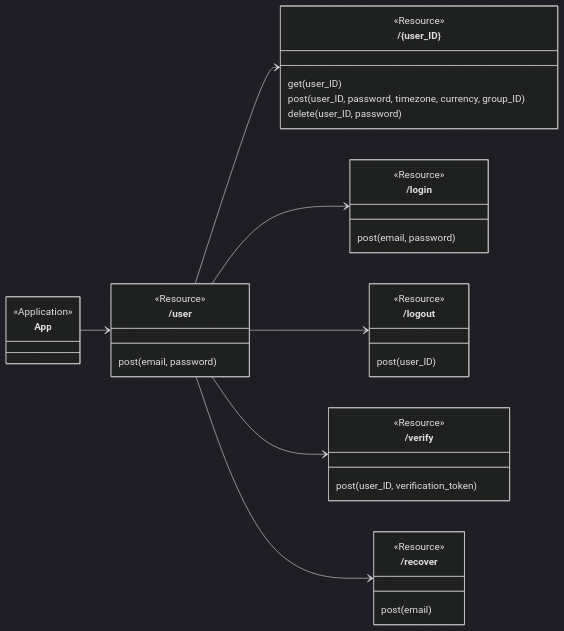
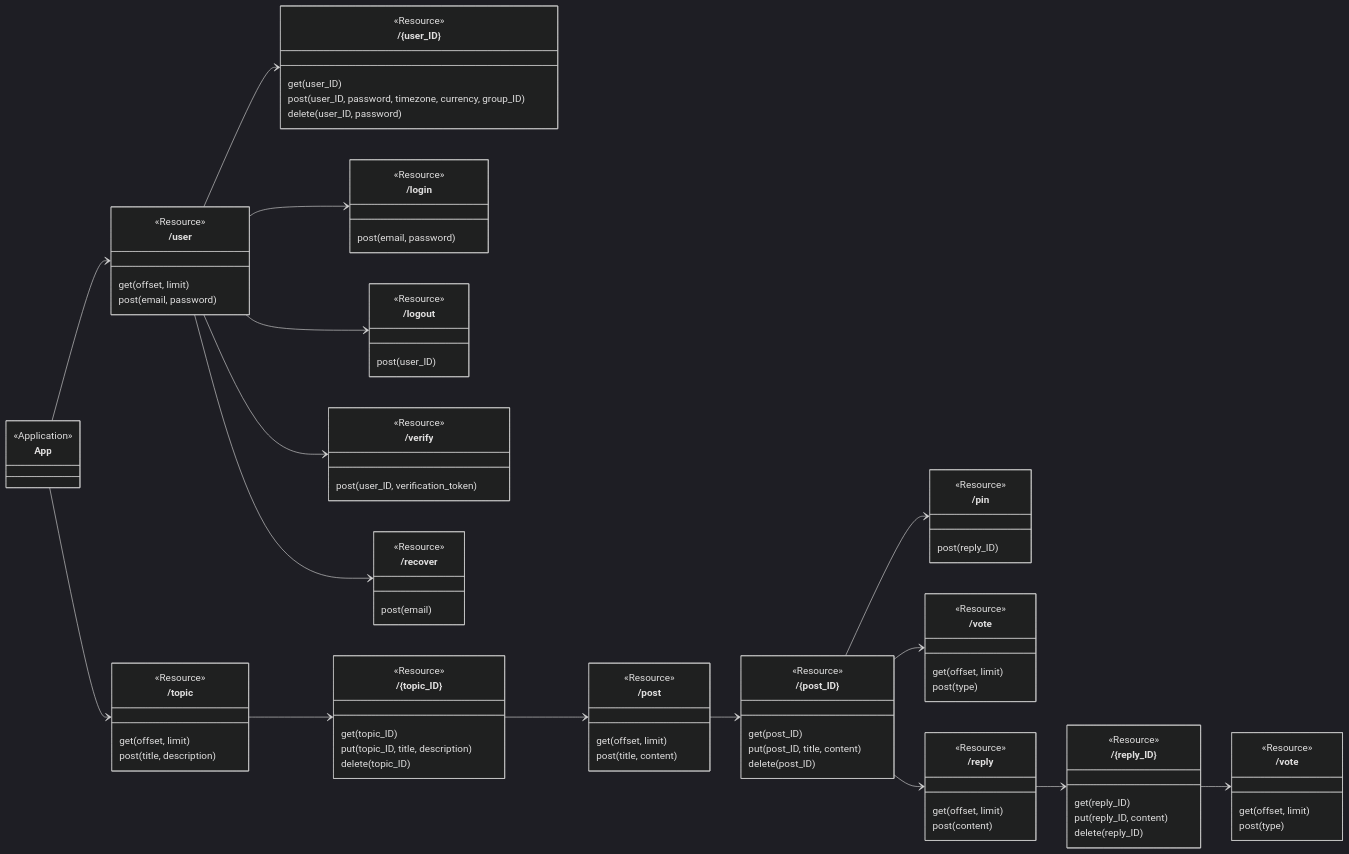
The diagram in sandbox/api.md (azwan082/azwan082), drawn with Mermaid before and after one commit.

Commit message:
add forum endpoints

````diff
--- a/sandbox/api.md
+++ b/sandbox/api.md
@@ -9,6 +9,7 @@
 
 class User["/user"] {
     <<Resource>>
+    get(offset, limit)
     post(email, password)
 }
 
@@ -45,4 +46,70 @@
 User --> User_logout
 User --> User_verify
 User --> User_recover
+
+class Topic["/topic"] {
+    <<Resource>>
+    get(offset, limit)
+    post(title, description)
+}
+
+class Topic_ID["/{topic_ID}"] {
+    <<Resource>>
+    get(topic_ID)
+    put(topic_ID, title, description)
+    delete(topic_ID)
+}
+
+class Post["/post"] {
+    <<Resource>>
+    get(offset, limit)
+    post(title, content)
+}
+
+class Post_ID["/{post_ID}"] {
+    <<Resource>>
+    get(post_ID)
+    put(post_ID, title, content)
+    delete(post_ID)
+}
+
+class Post_pin["/pin"] {
+    <<Resource>>
+    post(reply_ID)
+}
+
+class Post_vote["/vote"] {
+    <<Resource>>
+    get(offset, limit)
+    post(type)
+}
+
+class Reply["/reply"] {
+    <<Resource>>
+    get(offset, limit)
+    post(content)
+}
+
+class Reply_ID["/{reply_ID}"] {
+    <<Resource>>
+    get(reply_ID)
+    put(reply_ID, content)
+    delete(reply_ID)
+}
+
+class Reply_vote["/vote"] {
+    <<Resource>>
+    get(offset, limit)
+    post(type)
+}
+
+App --> Topic
+Topic --> Topic_ID
+Topic_ID --> Post
+Post --> Post_ID
+Post_ID --> Post_pin
+Post_ID --> Post_vote
+Post_ID --> Reply
+Reply --> Reply_ID
+Reply_ID --> Reply_vote 
 ```
````
